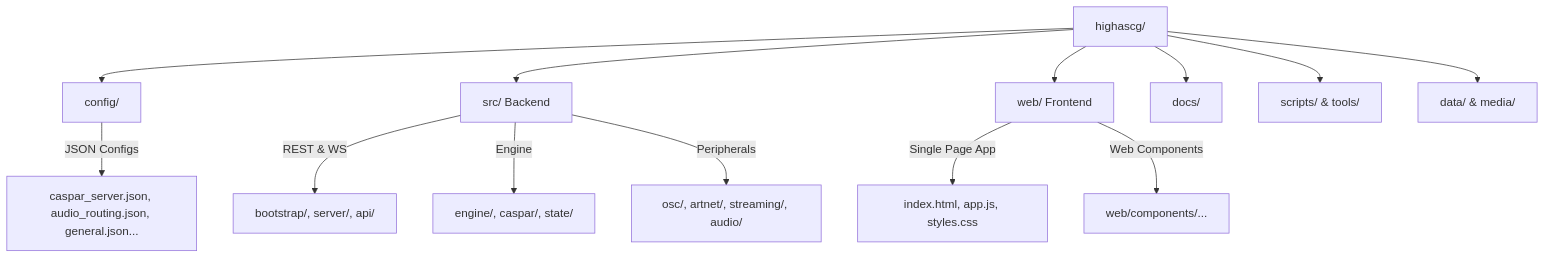
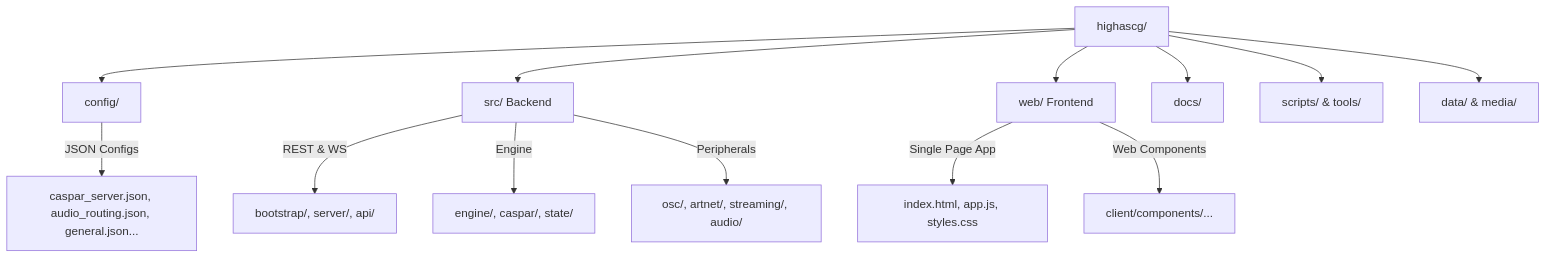
Before and after one commit to mko1989/highascg-client: the diagram in docs/internal/virtual_walkthrough.md, drawn with Mermaid. The commit also changed other lines of this file and 130 other files, not shown here.

````diff
--- a/docs/internal/virtual_walkthrough.md
+++ b/docs/internal/virtual_walkthrough.md
@@ -109,16 +109,16 @@
 ```mermaid
 graph TD
     Root[highascg/] --> Config[config/]
     Root --> Src[src/ Backend]
     Root --> Web[web/ Frontend]
     Root --> Docs[docs/]
     Root --> Scripts[scripts/ & tools/]
     Root --> Data[data/ & media/]
     
     Config --> |JSON Configs| ConfigFiles[caspar_server.json, audio_routing.json, general.json...]
     Src --> |REST & WS| Core[bootstrap/, server/, api/]
     Src --> |Engine| Engine[engine/, caspar/, state/]
     Src --> |Peripherals| Ext[osc/, artnet/, streaming/, audio/]
     Web --> |Single Page App| SPA[index.html, app.js, styles.css]
-    Web --> |Web Components| Components[web/components/...]
+    Web --> |Web Components| Components[client/components/...]
 ```
````
